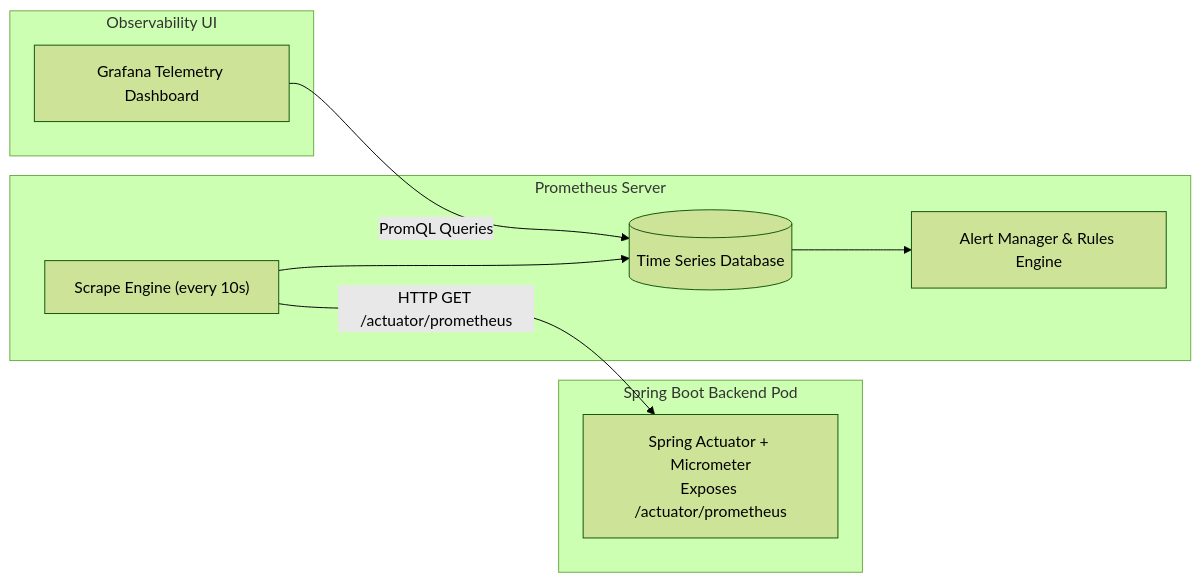
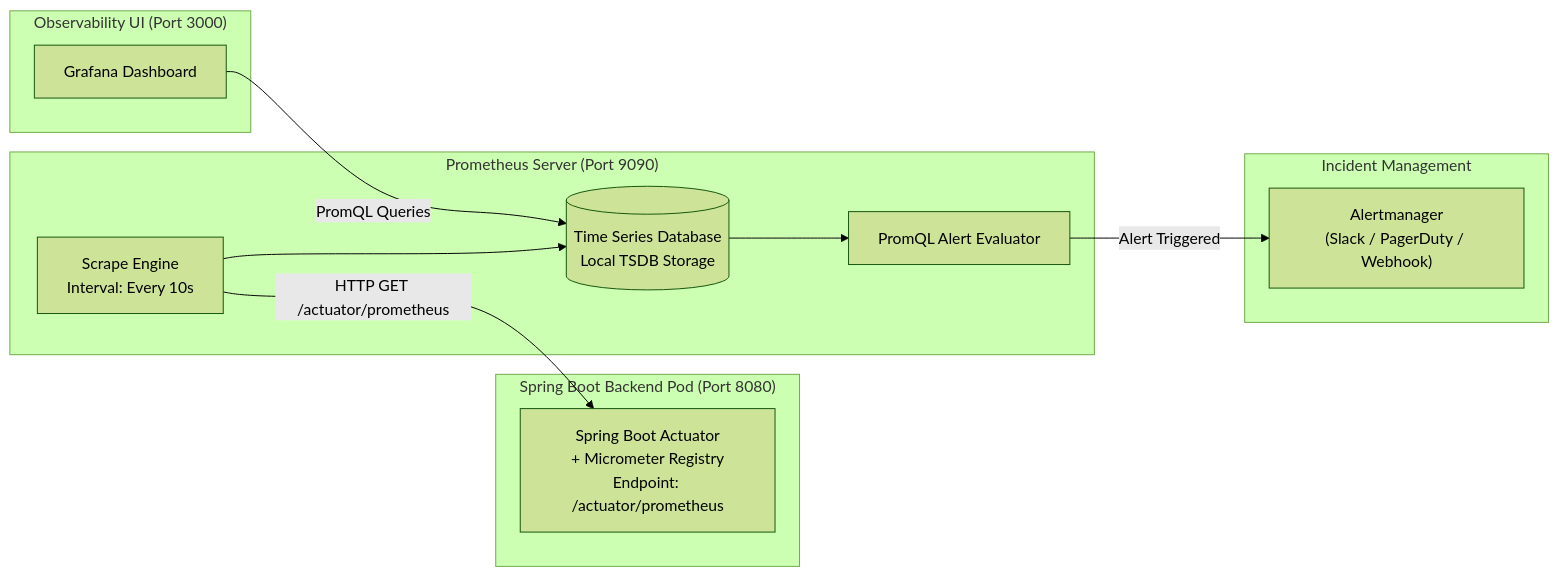
Before and after one commit to DRAGHIT/devsecops-vulntrack: the second of 2 diagrams in docs/handbook/16-prometheus-and-grafana.md, drawn with Mermaid (forest theme). The commit also changed other lines of this file and 8 other files, not shown here.

Commit message:
docs(handbook): enrich chapters 10-17 with deep-dives, diagrams, PromQL, HPA math, and Swagger guide

````diff
--- a/docs/handbook/16-prometheus-and-grafana.md
+++ b/docs/handbook/16-prometheus-and-grafana.md
@@ -11,21 +28,26 @@
 ```mermaid
 flowchart LR
-    subgraph SpringBoot ["Spring Boot Backend Pod"]
-        Actuator["Spring Actuator + Micrometer<br/>Exposes /actuator/prometheus"]
+    subgraph SpringBoot ["Spring Boot Backend Pod (Port 8080)"]
+        Actuator["Spring Boot Actuator<br/>+ Micrometer Registry<br/>Endpoint: /actuator/prometheus"]
     end
 
-    subgraph PrometheusServer ["Prometheus Server"]
-        Scraper["Scrape Engine (every 10s)"]
-        TSDB[("Time Series Database")]
-        AlertEngine["Alert Manager & Rules Engine"]
+    subgraph PrometheusServer ["Prometheus Server (Port 9090)"]
+        Scraper["Scrape Engine<br/>Interval: Every 10s"]
+        TSDB[("Time Series Database<br/>Local TSDB Storage")]
+        RulesEngine["PromQL Alert Evaluator"]
         Scraper --> TSDB
-        TSDB --> AlertEngine
+        TSDB --> RulesEngine
     end
 
-    subgraph Visualization ["Observability UI"]
-        Grafana["Grafana Telemetry Dashboard"]
+    subgraph Alerting ["Incident Management"]
+        AlertManager["Alertmanager<br/>(Slack / PagerDuty / Webhook)"]
+        RulesEngine -->|Alert Triggered| AlertManager
+    end
+
+    subgraph Visualization ["Observability UI (Port 3000)"]
+        Grafana["Grafana Dashboard"]
     end
 
     Scraper -->|HTTP GET /actuator/prometheus| Actuator
     Grafana -->|PromQL Queries| TSDB
 ```
````
